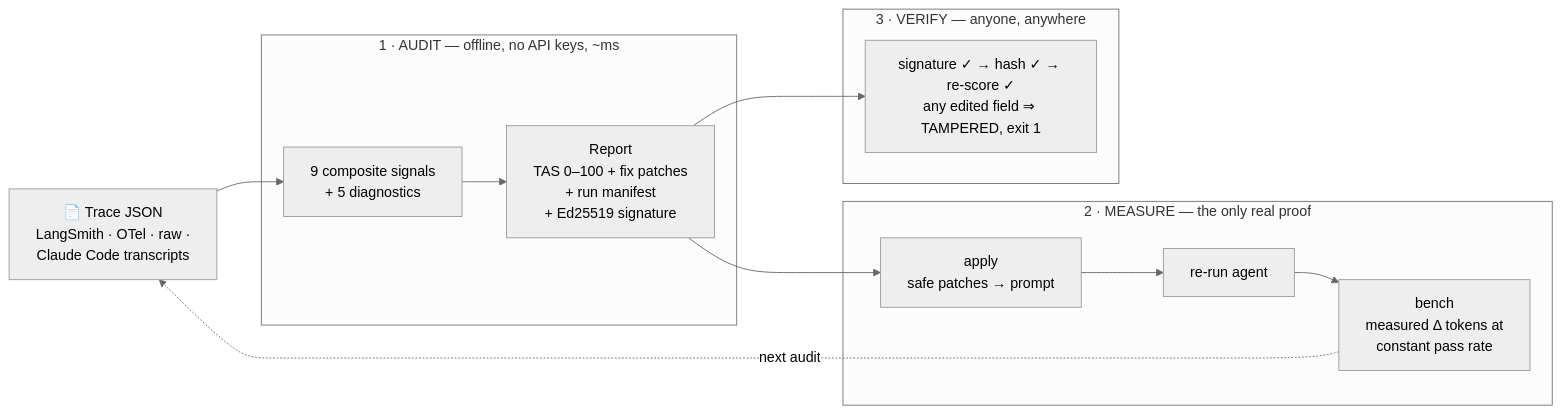
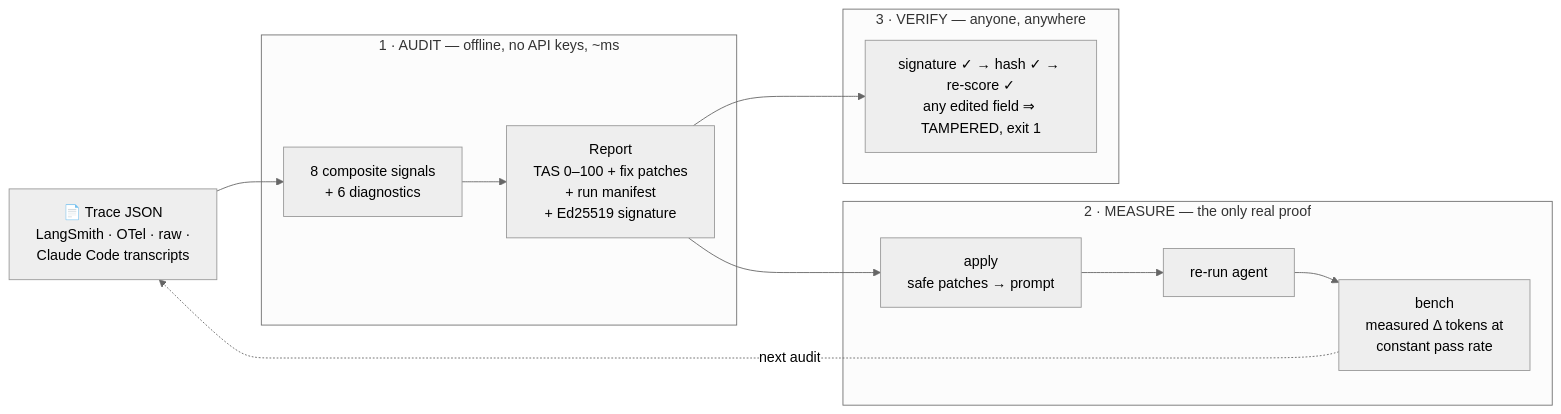
The first of 7 diagrams in README.md (ZulfaqarHafez/TraceRazor), drawn with Mermaid (neutral theme) before and after one commit. The commit also changed other lines of this file and 7 other files, not shown here.

````diff
--- a/README.md
+++ b/README.md
@@ -34,22 +34,22 @@
 ```mermaid
 flowchart LR
     T["📄 Trace JSON<br/>LangSmith · OTel · raw ·<br/>Claude Code transcripts"]
 
     subgraph AUDIT["1 · AUDIT — offline, no API keys, ~ms"]
-        A["9 composite signals<br/>+ 5 diagnostics"] --> R["Report<br/>TAS 0–100 + fix patches<br/>+ run manifest<br/>+ Ed25519 signature"]
+        A["8 composite signals<br/>+ 6 diagnostics"] --> R["Report<br/>TAS 0–100 + fix patches<br/>+ run manifest<br/>+ Ed25519 signature"]
     end
 
     subgraph MEASURE["2 · MEASURE — the only real proof"]
         F["apply<br/>safe patches → prompt"] --> RR["re-run agent"]
         RR --> B["bench<br/>measured Δ tokens at<br/>constant pass rate"]
     end
 
     subgraph VERIFY["3 · VERIFY — anyone, anywhere"]
         V["signature ✓ → hash ✓ → re-score ✓<br/>any edited field ⇒ TAMPERED, exit 1"]
     end
 
     T --> A
     R --> F
     R --> V
     B -.->|next audit| T
 ```
````
